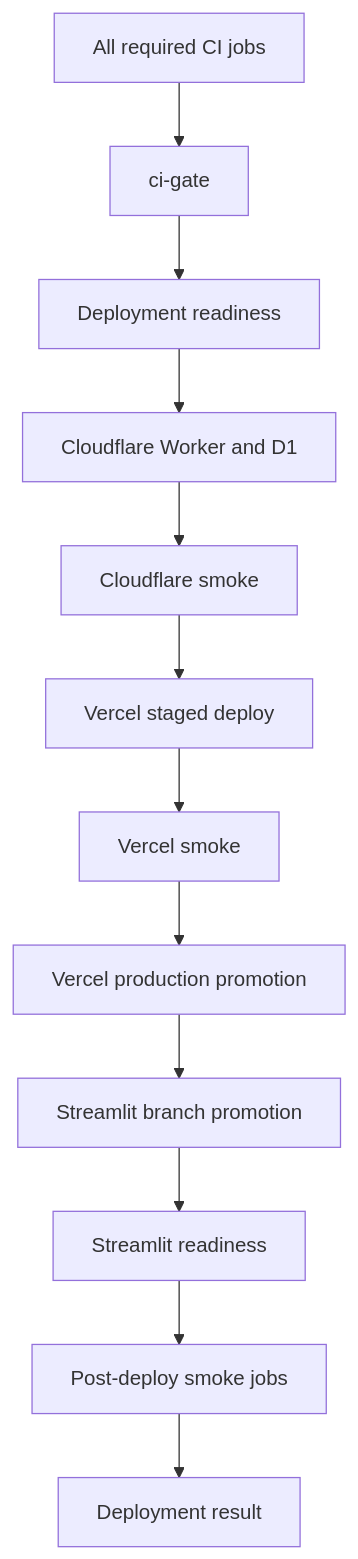
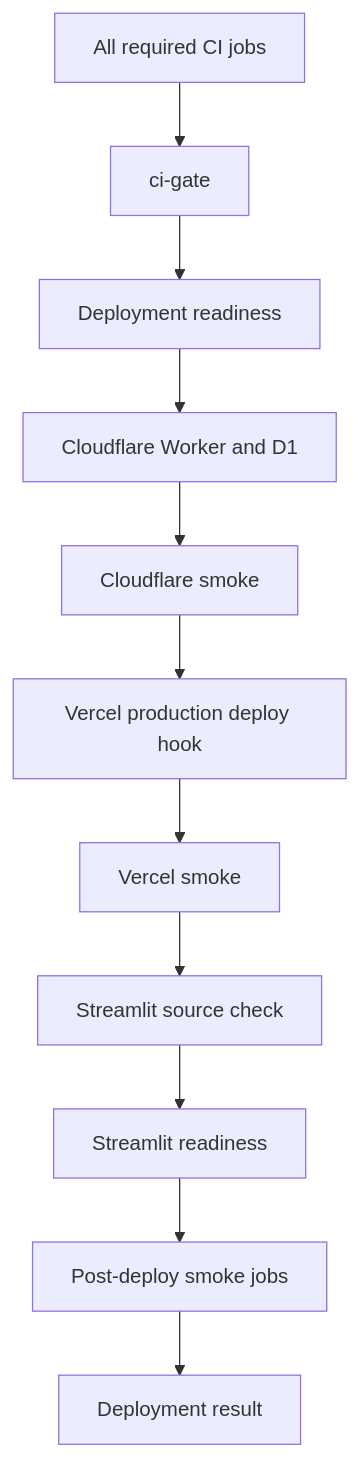
Before and after one commit to Thavarshan/enterprise-knowledge-assistant: the diagram in docs/ci-cd.md, drawn with Mermaid. The commit also changed other lines of this file and 18 other files, not shown here.

Commit message:
fix(release): deploy after CI and repair Streamlit imports

````diff
--- a/docs/ci-cd.md
+++ b/docs/ci-cd.md
@@ -25,14 +26,13 @@
 ```mermaid
 flowchart TD
   checks[All required CI jobs] --> gate[ci-gate]
   gate --> readiness[Deployment readiness]
   readiness --> cf[Cloudflare Worker and D1]
   cf --> cfs[Cloudflare smoke]
-  cfs --> vs[Vercel staged deploy]
+  cfs --> vs[Vercel production deploy hook]
   vs --> vss[Vercel smoke]
-  vss --> vp[Vercel production promotion]
-  vp --> sp[Streamlit branch promotion]
+  vss --> sp[Streamlit source check]
   sp --> sr[Streamlit readiness]
   sr --> ps[Post-deploy smoke jobs]
   ps --> result[Deployment result]
 ```
````
